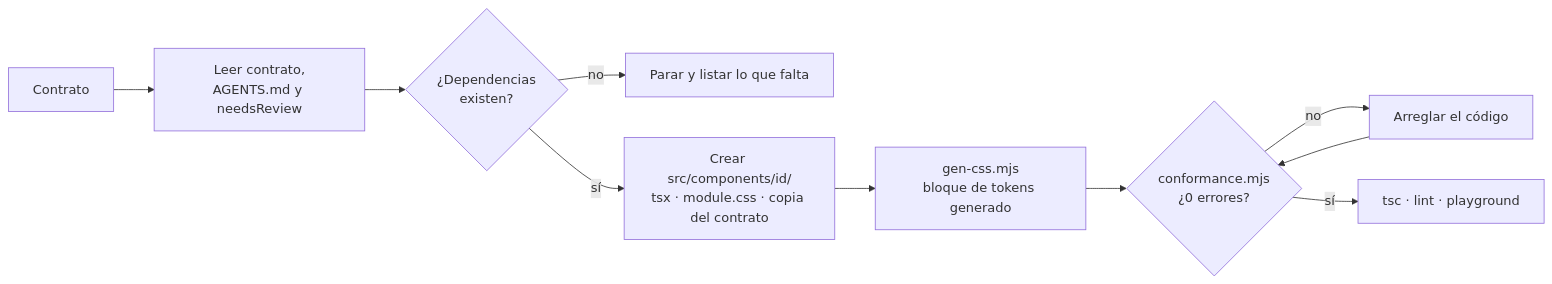
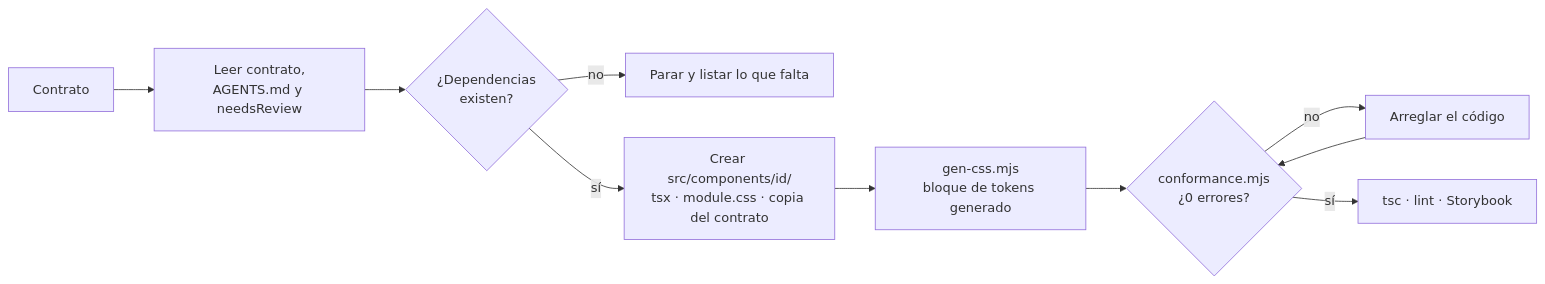
One commit to mokkapp-studio/SD-Design-System changed the sixth of 7 diagrams in README.md. Above: the diagram before and after it, drawn with Mermaid. The commit also changed other lines of this file and 35 other files, not shown here.

First line of the commit message:
Rama de clase: sin playground, guía Next.js + Storybook y verificador para componentes compuestos

````diff
--- a/README.md
+++ b/README.md
@@ -264,11 +265,11 @@
 ```mermaid
 flowchart LR
   K[Contrato] --> L[Leer contrato,<br/>AGENTS.md y needsReview]
   L --> DEP{¿Dependencias<br/>existen?}
   DEP -- no --> STOP[Parar y listar lo que falta]
   DEP -- sí --> GEN[Crear src/components/id/<br/>tsx · module.css · copia del contrato]
   GEN --> CSS[gen-css.mjs<br/>bloque de tokens generado]
   CSS --> VER{conformance.mjs<br/>¿0 errores?}
   VER -- no --> FIX[Arreglar el código] --> VER
-  VER -- sí --> PG[tsc · lint · playground]
+  VER -- sí --> PG[tsc · lint · Storybook]
 ```
````
